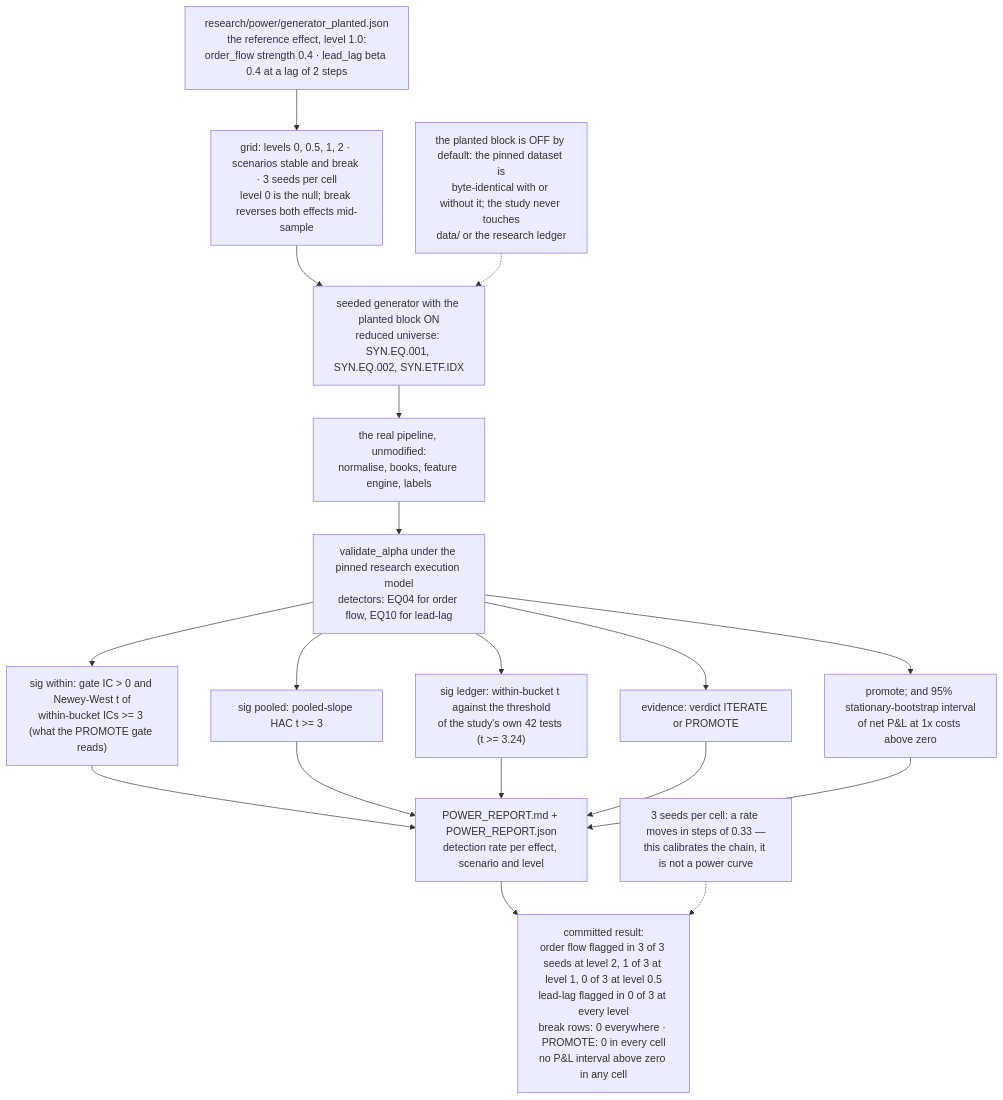
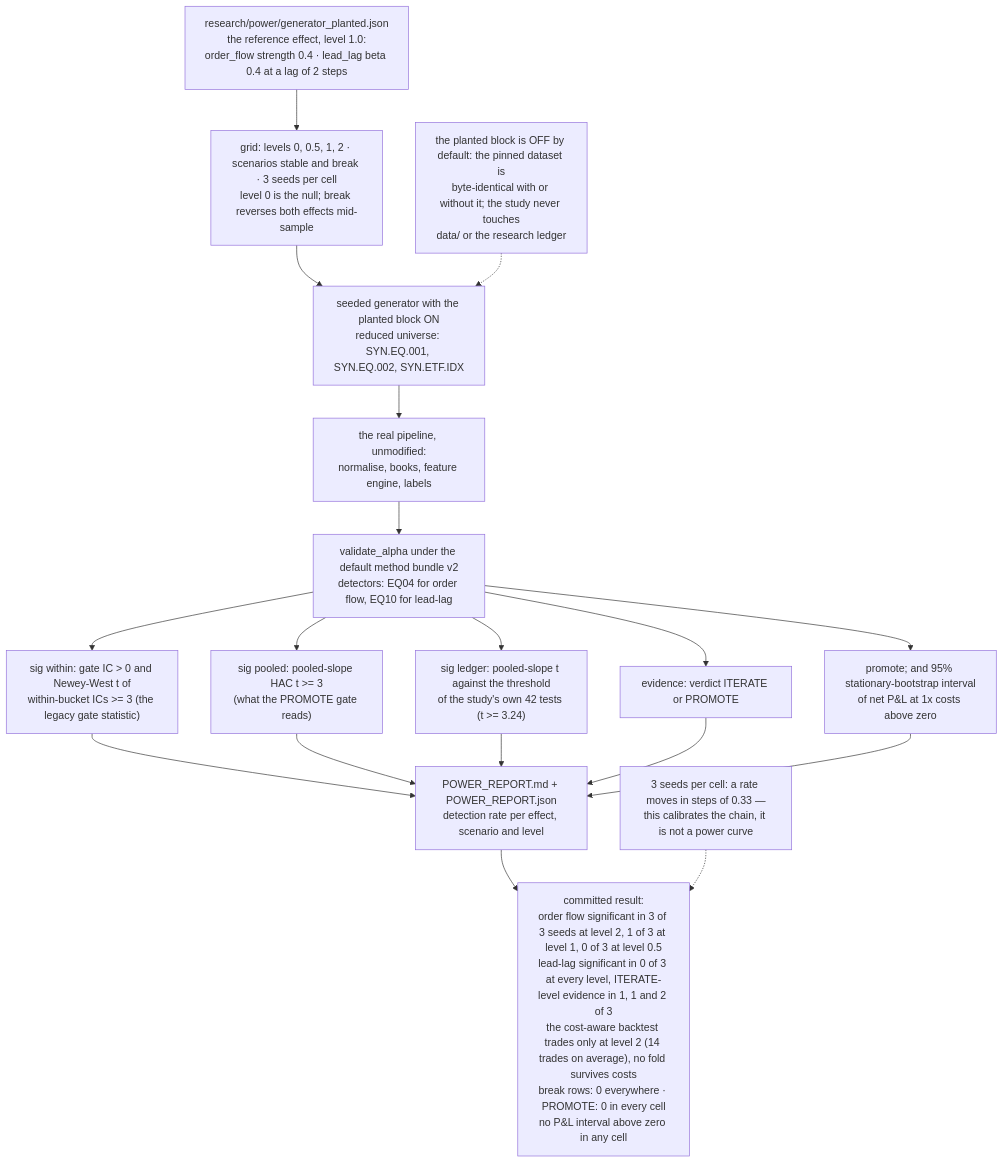
One commit to AshJha0/intraday-alpha-platform changed the diagram in docs/diagrams/power_study_flow.mmd. Above: the diagram before and after it, drawn with Mermaid. The commit also changed 28 other files, not shown here.

```diff
--- a/docs/diagrams/power_study_flow.mmd
+++ b/docs/diagrams/power_study_flow.mmd
@@ -1,20 +1,20 @@
 flowchart TD
     %% python -m iap.research power (iap.research.power) — research/power/POWER_REPORT.md.
     %% The figures in the last node are the committed three-seed report.
     CFG["research/power/generator_planted.json<br/>the reference effect, level 1.0:<br/>order_flow strength 0.4 · lead_lag beta 0.4 at a lag of 2 steps"] --> GRID["grid: levels 0, 0.5, 1, 2 · scenarios stable and break · 3 seeds per cell<br/>level 0 is the null; break reverses both effects mid-sample"]
     GRID --> GEN["seeded generator with the planted block ON<br/>reduced universe: SYN.EQ.001, SYN.EQ.002, SYN.ETF.IDX"]
     GEN --> PIPE["the real pipeline, unmodified:<br/>normalise, books, feature engine, labels"]
-    PIPE --> VAL["validate_alpha under the pinned research execution model<br/>detectors: EQ04 for order flow, EQ10 for lead-lag"]
-    VAL --> S1["sig within: gate IC > 0 and Newey-West t of<br/>within-bucket ICs >= 3 (what the PROMOTE gate reads)"]
-    VAL --> S2["sig pooled: pooled-slope HAC t >= 3"]
-    VAL --> S3["sig ledger: within-bucket t against the threshold<br/>of the study's own 42 tests (t >= 3.24)"]
+    PIPE --> VAL["validate_alpha under the default method bundle v2<br/>detectors: EQ04 for order flow, EQ10 for lead-lag"]
+    VAL --> S1["sig within: gate IC > 0 and Newey-West t of<br/>within-bucket ICs >= 3 (the legacy gate statistic)"]
+    VAL --> S2["sig pooled: pooled-slope HAC t >= 3<br/>(what the PROMOTE gate reads)"]
+    VAL --> S3["sig ledger: pooled-slope t against the threshold<br/>of the study's own 42 tests (t >= 3.24)"]
     VAL --> S4["evidence: verdict ITERATE or PROMOTE"]
     VAL --> S5["promote; and 95% stationary-bootstrap interval<br/>of net P&L at 1x costs above zero"]
     S1 --> REP["POWER_REPORT.md + POWER_REPORT.json<br/>detection rate per effect, scenario and level"]
     S2 --> REP
     S3 --> REP
     S4 --> REP
     S5 --> REP
-    REP --> READ["committed result:<br/>order flow flagged in 3 of 3 seeds at level 2, 1 of 3 at level 1, 0 of 3 at level 0.5<br/>lead-lag flagged in 0 of 3 at every level<br/>break rows: 0 everywhere · PROMOTE: 0 in every cell<br/>no P&L interval above zero in any cell"]
+    REP --> READ["committed result:<br/>order flow significant in 3 of 3 seeds at level 2, 1 of 3 at level 1, 0 of 3 at level 0.5<br/>lead-lag significant in 0 of 3 at every level, ITERATE-level evidence in 1, 1 and 2 of 3<br/>the cost-aware backtest trades only at level 2 (14 trades on average), no fold survives costs<br/>break rows: 0 everywhere · PROMOTE: 0 in every cell<br/>no P&L interval above zero in any cell"]
     OFF["the planted block is OFF by default: the pinned dataset is<br/>byte-identical with or without it; the study never touches<br/>data/ or the research ledger"] -.-> GEN
     LIM["3 seeds per cell: a rate moves in steps of 0.33 —<br/>this calibrates the chain, it is not a power curve"] -.-> READ
```
